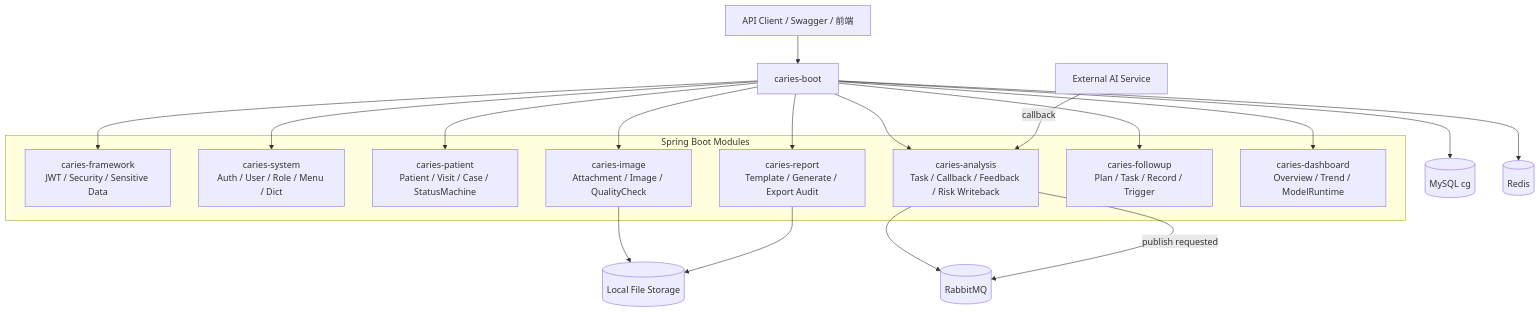
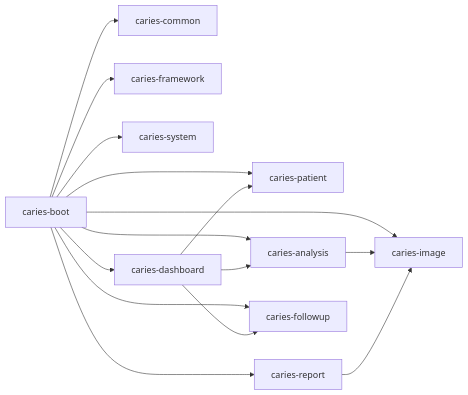
Before and after one commit to lizhuoheng47/caries_guard: the second of 10 diagrams in Documents/02_UML图集.md, drawn with Mermaid. The commit also changed other lines of this file and 16 other files, not shown here.

````diff
--- a/Documents/02_UML图集.md
+++ b/Documents/02_UML图集.md
@@ -55,32 +30,17 @@
 ```mermaid
-flowchart TB
-    Client[API Client / Swagger / 前端] --> Boot[caries-boot]
-
-    subgraph Backend[Spring Boot Modules]
-        Framework[caries-framework\nJWT / Security / Sensitive Data]
-        System[caries-system\nAuth / User / Role / Menu / Dict]
-        Patient[caries-patient\nPatient / Visit / Case / StatusMachine]
-        Image[caries-image\nAttachment / Image / QualityCheck]
-        Analysis[caries-analysis\nTask / Callback / Feedback / Risk Writeback]
-        Report[caries-report\nTemplate / Generate / Export Audit]
-        Followup[caries-followup\nPlan / Task / Record / Trigger]
-        Dashboard[caries-dashboard\nOverview / Trend / ModelRuntime]
-    end
-
-    Boot --> Framework
-    Boot --> System
-    Boot --> Patient
-    Boot --> Image
-    Boot --> Analysis
-    Boot --> Report
-    Boot --> Followup
-    Boot --> Dashboard
-
-    Analysis --> Rabbit[(RabbitMQ)]
-    Image --> LocalFS[(Local File Storage)]
-    Report --> LocalFS
-    Boot --> MySQL[(MySQL cg)]
-    Boot --> Redis[(Redis)]
-    AISvc[External AI Service] -->|callback| Analysis
-    Analysis -->|publish requested| Rabbit
+flowchart LR
+  boot[caries-boot] --> common[caries-common]
+  boot --> framework[caries-framework]
+  boot --> system[caries-system]
+  boot --> patient[caries-patient]
+  boot --> image[caries-image]
+  boot --> analysis[caries-analysis]
+  boot --> report[caries-report]
+  boot --> followup[caries-followup]
+  boot --> dashboard[caries-dashboard]
+  analysis --> image
+  report --> image
+  dashboard --> analysis
+  dashboard --> followup
+  dashboard --> patient
 ```
````
